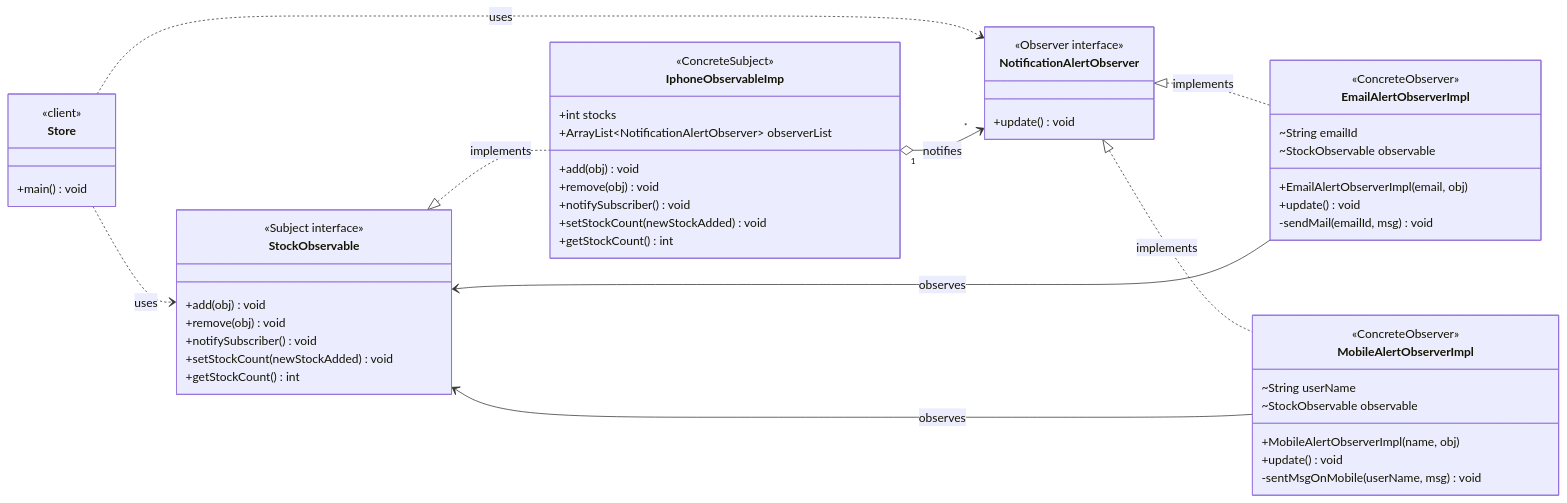
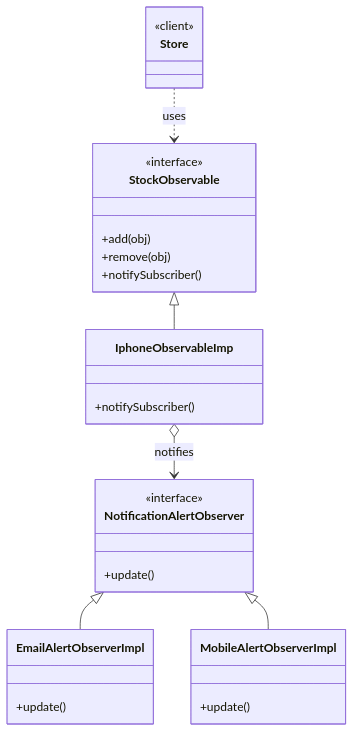
The diagram in src/BehavioralDesignPatterns/ObserverPattern/class-diagram.md (Reetesh-123/Low-Level-Design), drawn with Mermaid before and after one commit. The commit also changed other lines of this file, not shown here.

Commit message:
Simplify Observer pattern class diagram
Switch to direction TB and trim to essential members so each
interface's implementing classes render as clear children stacked
underneath it, instead of a flat left-right layout with every
field/method listed.

````diff
--- a/src/BehavioralDesignPatterns/ObserverPattern/class-diagram.md
+++ b/src/BehavioralDesignPatterns/ObserverPattern/class-diagram.md
@@ -5,63 +5,40 @@
 ```mermaid
 classDiagram
-    direction LR
+    direction TB
 
     class Store {
       <<client>>
-      +main() void
     }
 
     class StockObservable {
-      <<Subject interface>>
-      +add(obj) void
-      +remove(obj) void
-      +notifySubscriber() void
-      +setStockCount(newStockAdded) void
-      +getStockCount() int
+      <<interface>>
+      +add(obj)
+      +remove(obj)
+      +notifySubscriber()
     }
 
     class IphoneObservableImp {
-      <<ConcreteSubject>>
-      +int stocks
-      +ArrayList~NotificationAlertObserver~ observerList
-      +add(obj) void
-      +remove(obj) void
-      +notifySubscriber() void
-      +setStockCount(newStockAdded) void
-      +getStockCount() int
+      +notifySubscriber()
     }
 
     class NotificationAlertObserver {
-      <<Observer interface>>
-      +update() void
+      <<interface>>
+      +update()
     }
 
     class EmailAlertObserverImpl {
-      <<ConcreteObserver>>
-      ~String emailId
-      ~StockObservable observable
-      +EmailAlertObserverImpl(email, obj)
-      +update() void
-      -sendMail(emailId, msg) void
+      +update()
     }
 
     class MobileAlertObserverImpl {
-      <<ConcreteObserver>>
-      ~String userName
-      ~StockObservable observable
-      +MobileAlertObserverImpl(name, obj)
-      +update() void
-      -sentMsgOnMobile(userName, msg) void
+      +update()
     }
 
     Store ..> StockObservable : uses
-    Store ..> NotificationAlertObserver : uses
 
-    StockObservable <|.. IphoneObservableImp : implements
-    NotificationAlertObserver <|.. EmailAlertObserverImpl : implements
-    NotificationAlertObserver <|.. MobileAlertObserverImpl : implements
+    StockObservable <|-- IphoneObservableImp
+    NotificationAlertObserver <|-- EmailAlertObserverImpl
+    NotificationAlertObserver <|-- MobileAlertObserverImpl
 
-    IphoneObservableImp "1" o--> "*" NotificationAlertObserver : notifies
-    EmailAlertObserverImpl --> StockObservable : observes
-    MobileAlertObserverImpl --> StockObservable : observes
+    IphoneObservableImp o--> NotificationAlertObserver : notifies
 ```
````
